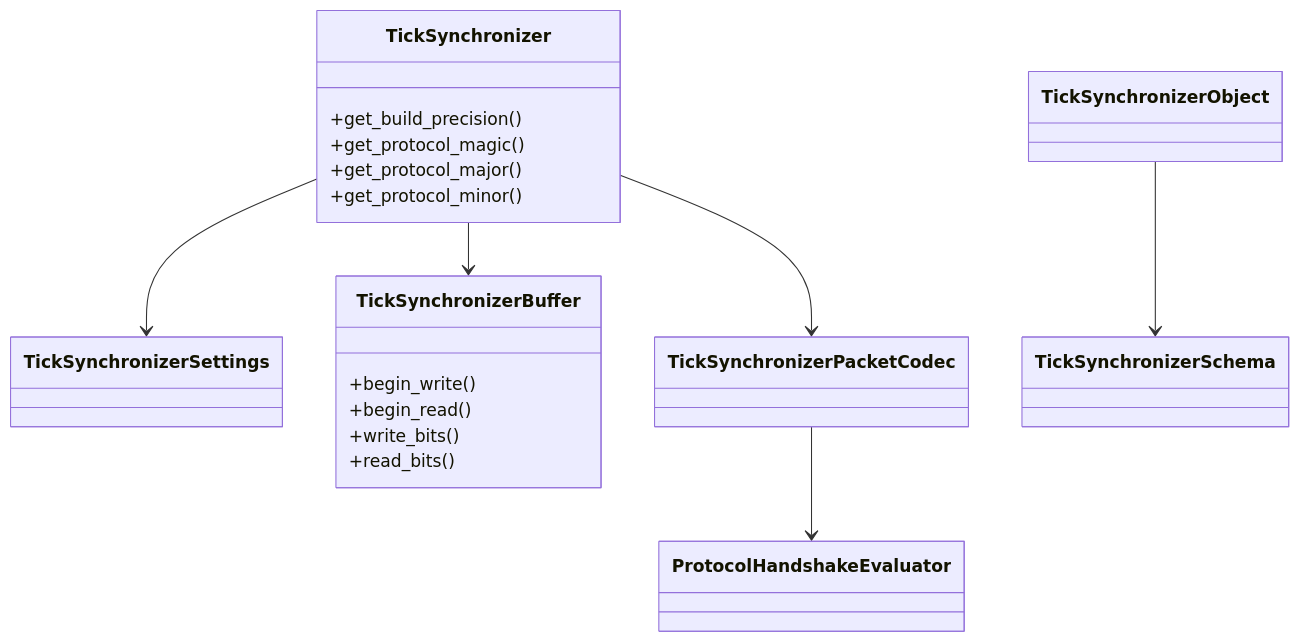
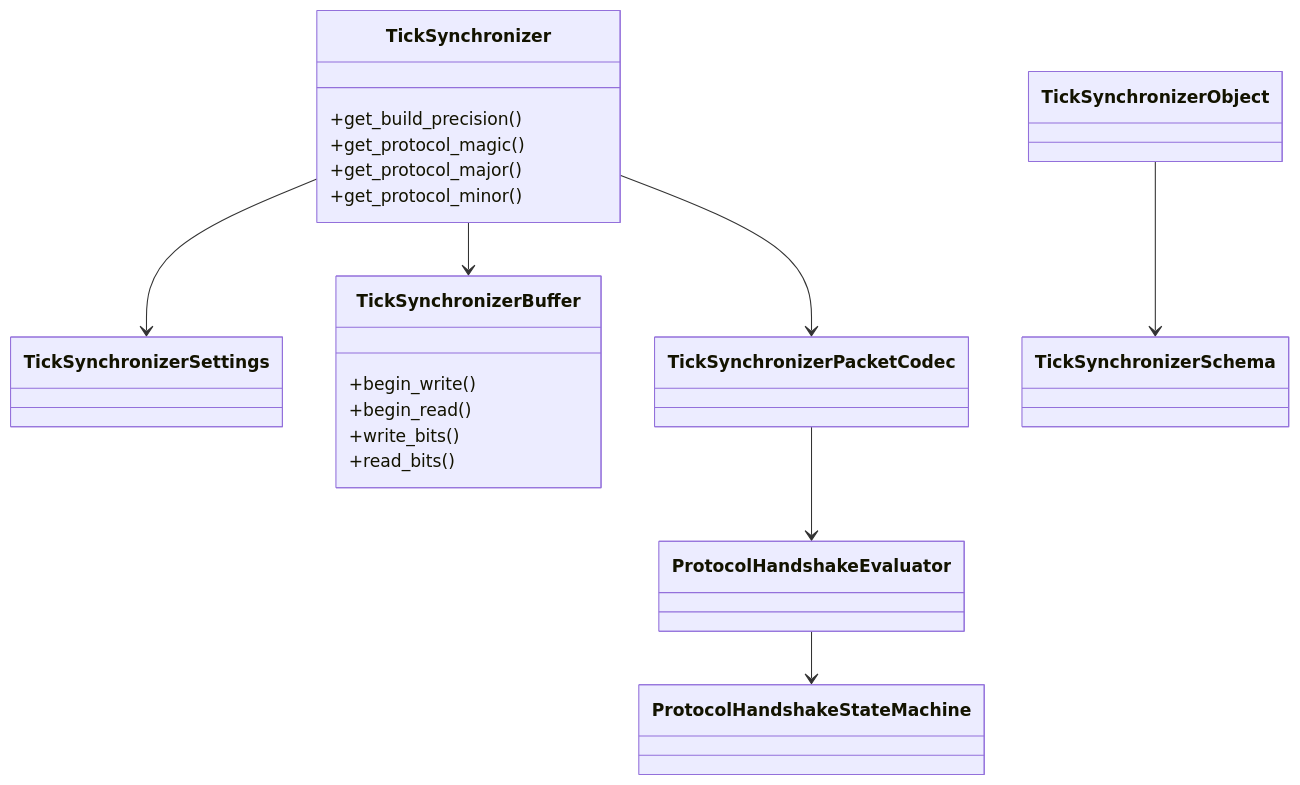
Before and after one commit to Malkverbena/TickSynchronizer: the second of 4 diagrams in documentation/ARCHITECTURE.md, drawn with Mermaid. The commit also changed other lines of this file and 17 other files, not shown here.

Commit message:
protocol: add pure handshake state machine

````diff
--- a/documentation/ARCHITECTURE.md
+++ b/documentation/ARCHITECTURE.md
@@ -37,26 +37,28 @@
 ```mermaid
 classDiagram
     class TickSynchronizer {
         +get_build_precision()
         +get_protocol_magic()
         +get_protocol_major()
         +get_protocol_minor()
     }
     class TickSynchronizerBuffer {
         +begin_write()
         +begin_read()
         +write_bits()
         +read_bits()
     }
     class TickSynchronizerSettings
     class TickSynchronizerObject
     class TickSynchronizerSchema
     class TickSynchronizerPacketCodec
     class ProtocolHandshakeEvaluator
+    class ProtocolHandshakeStateMachine
 
     TickSynchronizer --> TickSynchronizerSettings
     TickSynchronizer --> TickSynchronizerBuffer
     TickSynchronizerObject --> TickSynchronizerSchema
     TickSynchronizer --> TickSynchronizerPacketCodec
     TickSynchronizerPacketCodec --> ProtocolHandshakeEvaluator
+    ProtocolHandshakeEvaluator --> ProtocolHandshakeStateMachine
 ```
````
